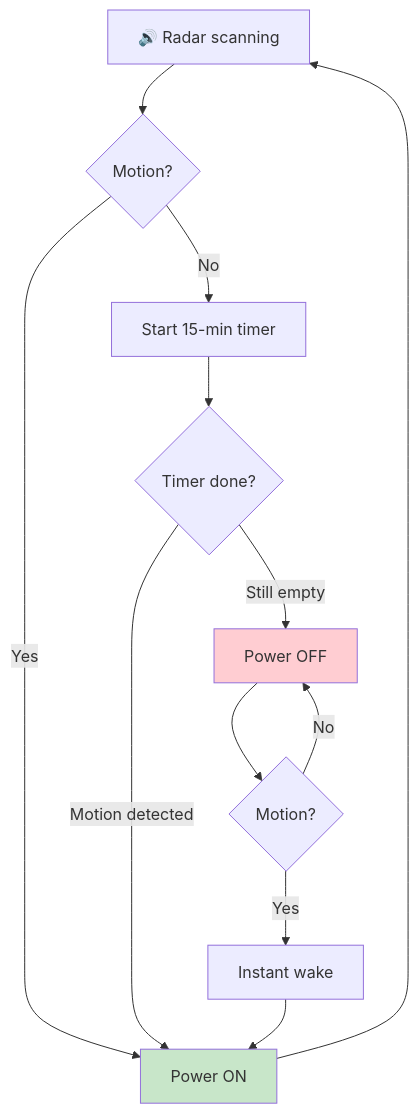
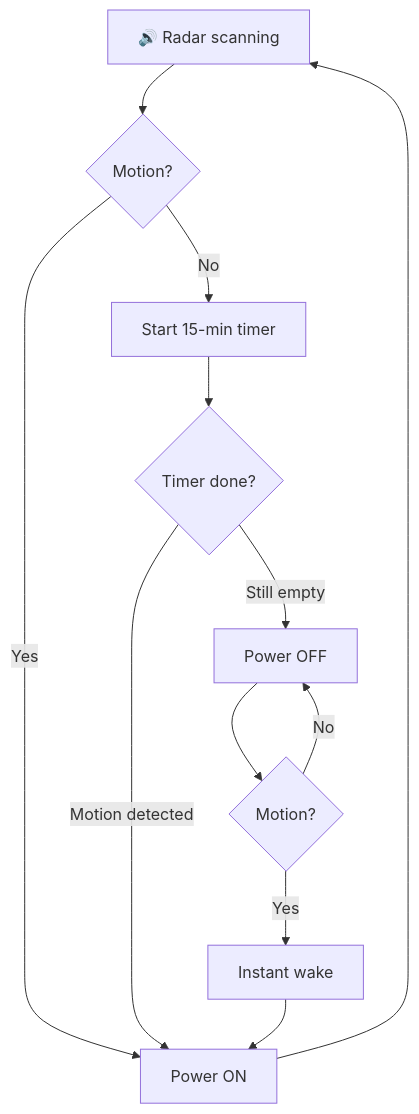
Before and after one commit to South-33/SmartCampus: the fifth of 7 diagrams in README.md, drawn with Mermaid. The commit also changed other lines of this file, not shown here.

Commit message:
docs: local-first architecture + anti-cheat + notifications

````diff
--- a/README.md
+++ b/README.md
@@ -188,22 +161,19 @@
 ```mermaid
 flowchart TD
     A[🔊 Radar scanning] --> B{Motion?}
     
     B -->|Yes| C[Power ON]
     B -->|No| D[Start 15-min timer]
     
     C --> A
     
     D --> E{Timer done?}
     E -->|Motion detected| C
     E -->|Still empty| F[Power OFF]
     
     F --> G{Motion?}
     G -->|Yes| H[Instant wake]
     G -->|No| F
     
     H --> C
-    
-    style C fill:#c8e6c9
-    style F fill:#ffcdd2
 ```
````
